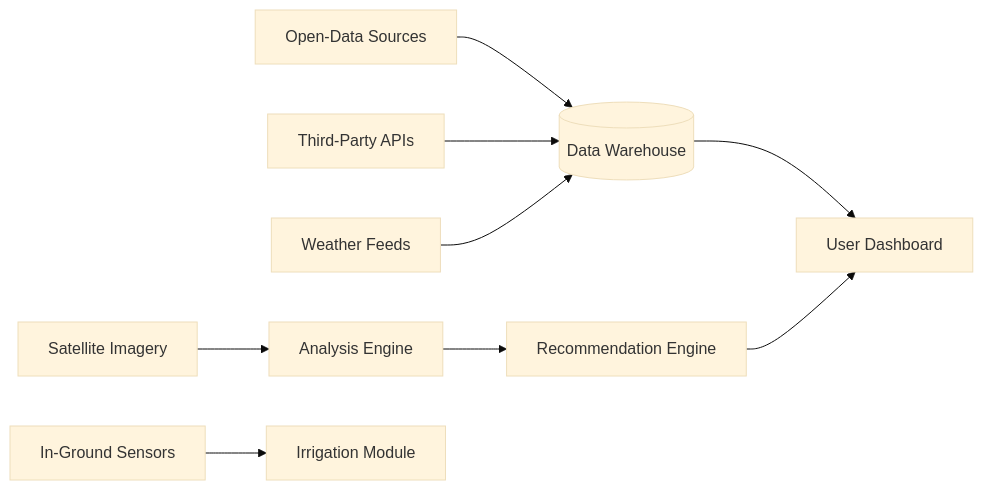
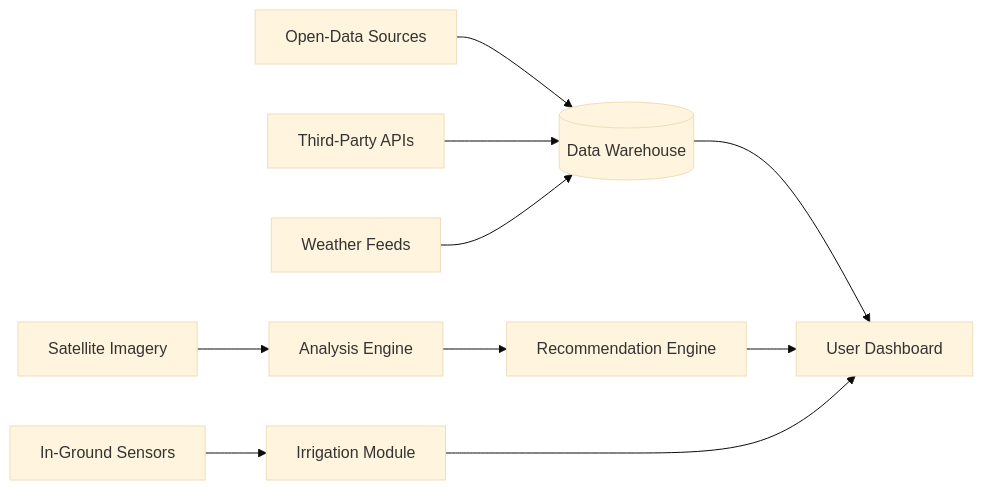
Before and after one commit to 00113844/AGRI4401_website: the seventh of 15 diagrams in presentations/lecture_11.qmd, drawn with Mermaid (base theme). The commit also changed other lines of this file and 7 other files, not shown here.

````diff
--- a/presentations/lecture_11.qmd
+++ b/presentations/lecture_11.qmd
@@ -308,11 +331,12 @@
 ```{mermaid}
 flowchart LR;
   OpenData[Open-Data Sources] --> DB[(Data Warehouse)];
   APIs[Third-Party APIs] --> DB;
   Sat[Satellite Imagery] --> Analytics[Analysis Engine];
   Weather[Weather Feeds] --> DB;
   Sensors[In-Ground Sensors] --> Irrigation[Irrigation Module];
   DB --> Dashboard[User Dashboard];
   Analytics --> Recommendation[Recommendation Engine];
   Recommendation --> Dashboard;
+  Irrigation[Irrigation Module] ---> Dashboard;
 ```
````
